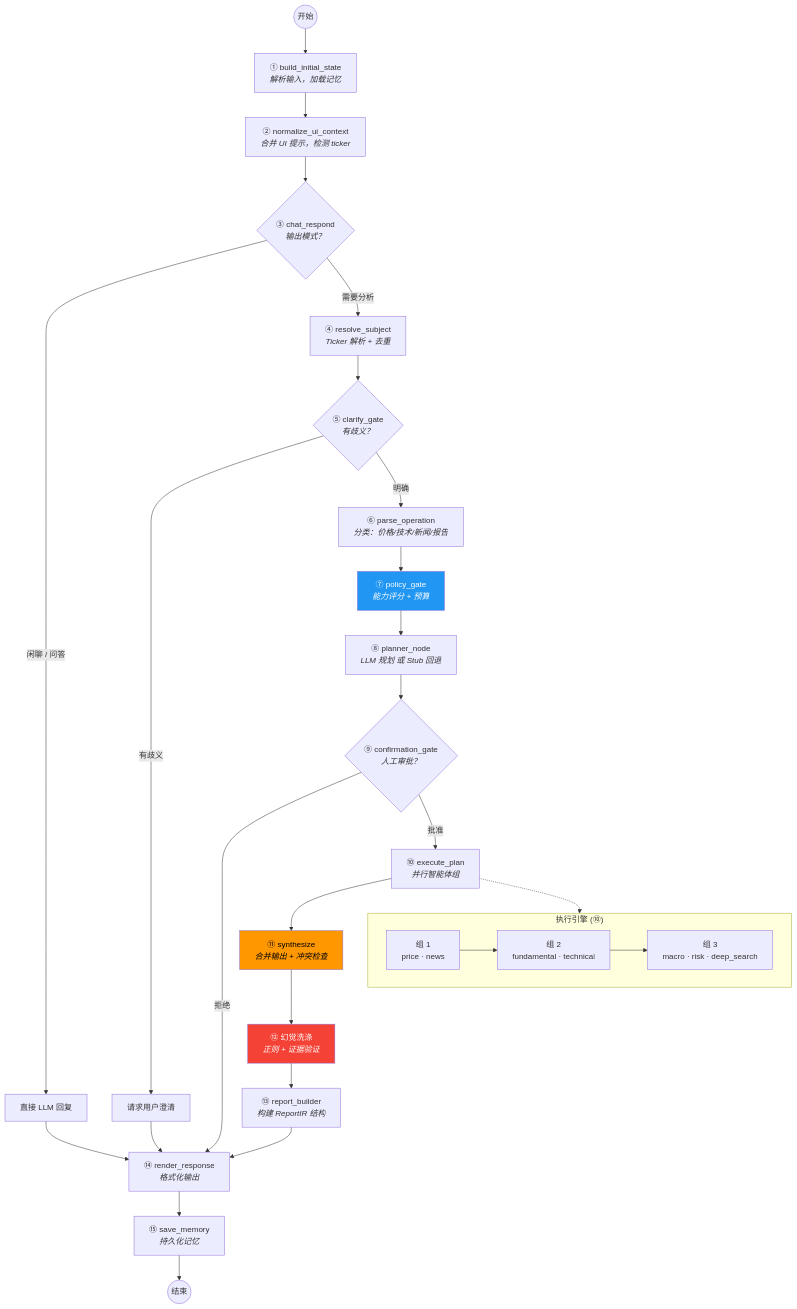
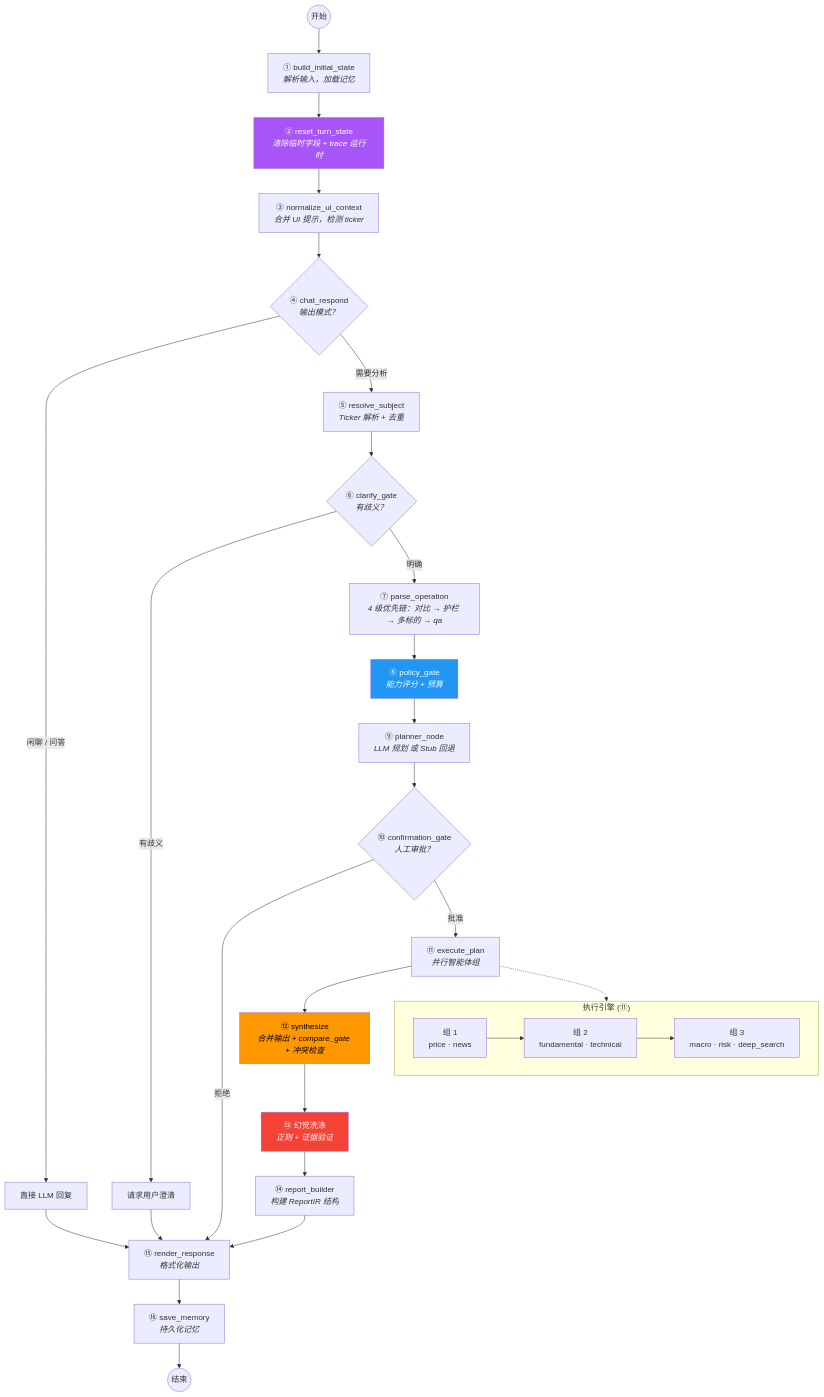
One commit to kkkano/FinSight changed the second of 7 diagrams in readme_cn.md. Above: the diagram before and after it, drawn with Mermaid. The commit also changed other lines of this file and 5 other files, not shown here.

First line of the commit message:
docs: sync architecture docs for 16-node pipeline + compare evidence gate

````diff
--- a/readme_cn.md
+++ b/readme_cn.md
@@ -208,41 +208,43 @@
 ```mermaid
 flowchart TD
     START((开始)) --> INIT["① build_initial_state<br/><i>解析输入，加载记忆</i>"]
-    INIT --> CTX["② normalize_ui_context<br/><i>合并 UI 提示，检测 ticker</i>"]
-    CTX --> MODE{"③ chat_respond<br/><i>输出模式？</i>"}
+    INIT --> RESET["② reset_turn_state<br/><i>清除临时字段 + trace 运行时</i>"]
+    RESET --> CTX["③ normalize_ui_context<br/><i>合并 UI 提示，检测 ticker</i>"]
+    CTX --> MODE{"④ chat_respond<br/><i>输出模式？</i>"}
 
     MODE -->|"闲聊 / 问答"| CHAT_END["直接 LLM 回复"]
     CHAT_END --> RENDER
-    MODE -->|"需要分析"| SUBJ["④ resolve_subject<br/><i>Ticker 解析 + 去重</i>"]
+    MODE -->|"需要分析"| SUBJ["⑤ resolve_subject<br/><i>Ticker 解析 + 去重</i>"]
 
-    SUBJ --> CLARIFY{"⑤ clarify_gate<br/><i>有歧义？</i>"}
+    SUBJ --> CLARIFY{"⑥ clarify_gate<br/><i>有歧义？</i>"}
     CLARIFY -->|"有歧义"| ASK["请求用户澄清"]
     ASK --> RENDER
-    CLARIFY -->|"明确"| PARSE["⑥ parse_operation<br/><i>分类：价格/技术/新闻/报告</i>"]
+    CLARIFY -->|"明确"| PARSE["⑦ parse_operation<br/><i>4 级优先链：对比 → 护栏 → 多标的 → qa</i>"]
 
-    PARSE --> POLICY["⑦ policy_gate<br/><i>能力评分 + 预算</i>"]
-    POLICY --> PLAN["⑧ planner_node<br/><i>LLM 规划 或 Stub 回退</i>"]
+    PARSE --> POLICY["⑧ policy_gate<br/><i>能力评分 + 预算</i>"]
+    POLICY --> PLAN["⑨ planner_node<br/><i>LLM 规划 或 Stub 回退</i>"]
 
-    PLAN --> CONFIRM{"⑨ confirmation_gate<br/><i>人工审批？</i>"}
+    PLAN --> CONFIRM{"⑩ confirmation_gate<br/><i>人工审批？</i>"}
     CONFIRM -->|"拒绝"| RENDER
-    CONFIRM -->|"批准"| EXEC["⑩ execute_plan<br/><i>并行智能体组</i>"]
+    CONFIRM -->|"批准"| EXEC["⑪ execute_plan<br/><i>并行智能体组</i>"]
 
-    EXEC --> SYNTH["⑪ synthesize<br/><i>合并输出 + 冲突检查</i>"]
-    SYNTH --> SCRUB["⑫ 幻觉洗涤<br/><i>正则 + 证据验证</i>"]
-    SCRUB --> BUILD["⑬ report_builder<br/><i>构建 ReportIR 结构</i>"]
-    BUILD --> RENDER["⑭ render_response<br/><i>格式化输出</i>"]
-    RENDER --> SAVE["⑮ save_memory<br/><i>持久化记忆</i>"]
+    EXEC --> SYNTH["⑫ synthesize<br/><i>合并输出 + compare_gate + 冲突检查</i>"]
+    SYNTH --> SCRUB["⑬ 幻觉洗涤<br/><i>正则 + 证据验证</i>"]
+    SCRUB --> BUILD["⑭ report_builder<br/><i>构建 ReportIR 结构</i>"]
+    BUILD --> RENDER["⑮ render_response<br/><i>格式化输出</i>"]
+    RENDER --> SAVE["⑯ save_memory<br/><i>持久化记忆</i>"]
     SAVE --> END((结束))
 
-    subgraph "执行引擎 (⑩)"
+    subgraph "执行引擎 (⑪)"
         direction LR
         EG1["组 1<br/>price · news"] --> EG2["组 2<br/>fundamental · technical"]
         EG2 --> EG3["组 3<br/>macro · risk · deep_search"]
     end
 
     EXEC -.-> EG1
 
+    style RESET fill:#a855f7,color:#fff
     style SYNTH fill:#ff9800,color:#000
     style SCRUB fill:#f44336,color:#fff
     style POLICY fill:#2196f3,color:#fff
 ```
````
